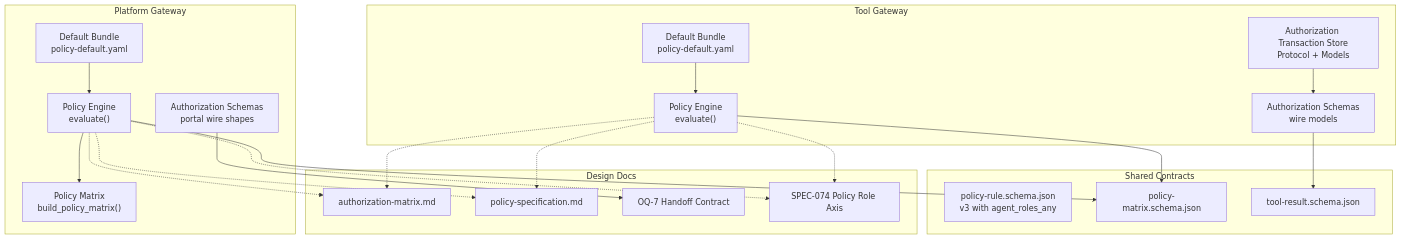
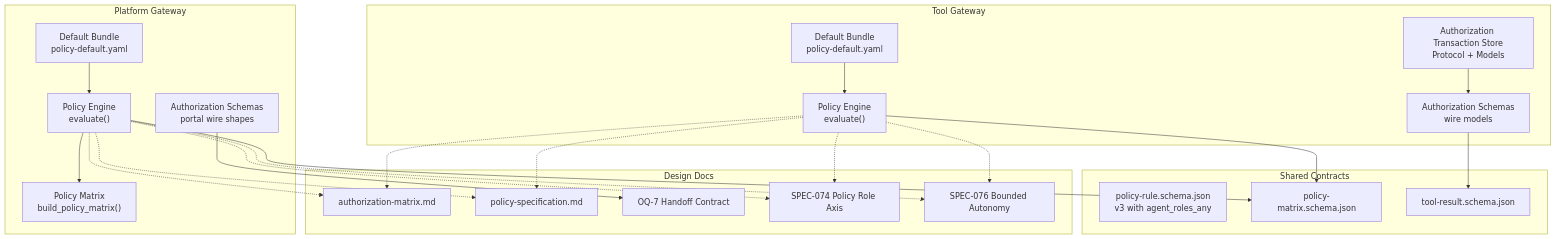
Before and after one commit to metasync/luban-aiops: the first of 21 diagrams in .qoder/repowiki/en/content/Core Services/Platform Gateway/Policy Engine and Authorization.md, drawn with Mermaid. The commit also changed other lines of this file and 164 other files, not shown here.

````diff
--- a/.qoder/repowiki/en/content/Core Services/Platform Gateway/Policy Engine and Authorization.md
+++ b/.qoder/repowiki/en/content/Core Services/Platform Gateway/Policy Engine and Authorization.md
@@ -64,40 +69,43 @@
 ```mermaid
 graph TB
 subgraph "Platform Gateway"
 PGE["Policy Engine<br/>evaluate()"]
 PMX["Policy Matrix<br/>build_policy_matrix()"]
 POLY["Default Bundle<br/>policy-default.yaml"]
 PGW_AUTH["Authorization Schemas<br/>portal wire shapes"]
 end
 subgraph "Tool Gateway"
 TGE["Policy Engine<br/>evaluate()"]
 TOLY["Default Bundle<br/>policy-default.yaml"]
 AUTH_TX["Authorization Transaction Store<br/>Protocol + Models"]
 AUTH_SCHEMA["Authorization Schemas<br/>wire models"]
 end
 subgraph "Shared Contracts"
 SCHEMA_RULE["policy-rule.schema.json<br/>v3 with agent_roles_any"]
 SCHEMA_MATRIX["policy-matrix.schema.json"]
 TOOL_RESULT["tool-result.schema.json"]
 end
 subgraph "Design Docs"
 AUTHZ["authorization-matrix.md"]
 POLSPEC["policy-specification.md"]
 OQ7["OQ-7 Handoff Contract"]
 SPEC074["SPEC-074 Policy Role Axis"]
+SPEC076["SPEC-076 Bounded Autonomy"]
 end
 POLY --> PGE
 TOLY --> TGE
 PGE --> PMX
 PGE --> SCHEMA_MATRIX
 TGE --> SCHEMA_MATRIX
 AUTH_TX --> AUTH_SCHEMA
 AUTH_SCHEMA --> TOOL_RESULT
 PGW_AUTH --> OQ7
 PGE -.-> AUTHZ
 TGE -.-> AUTHZ
 PGE -.-> POLSPEC
 TGE -.-> POLSPEC
 PGE -.-> SPEC074
 TGE -.-> SPEC074
+PGE -.-> SPEC076
+TGE -.-> SPEC076
 ```
````
